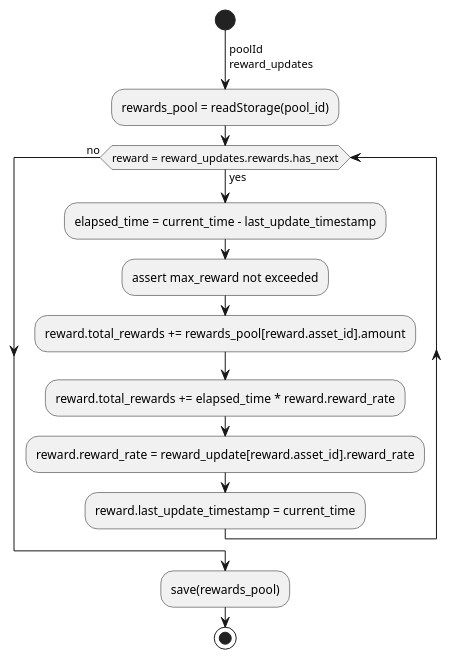
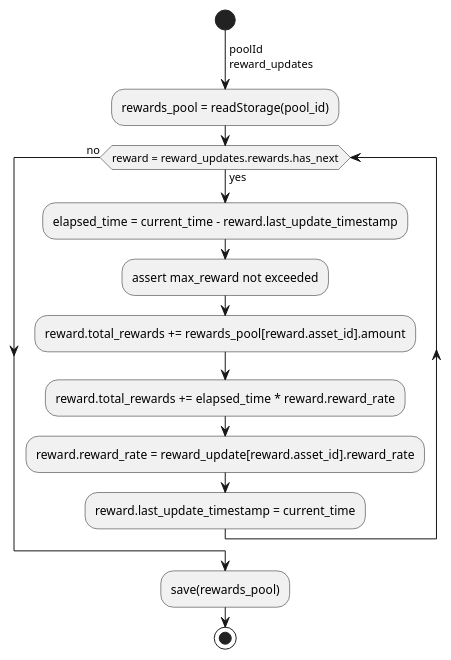
The ninth of 11 diagrams in rfcs/0005-pablo-distribution-assets/0005-pablo-distribution.adoc (ComposableFi/composable), drawn with PlantUML before and after one commit. The commit also changed other lines of this file and 2 other files, not shown here.

Commit message:
more review fixes

```diff
--- a/rfcs/0005-pablo-distribution-assets/0005-pablo-distribution.adoc
+++ b/rfcs/0005-pablo-distribution-assets/0005-pablo-distribution.adoc
@@ -510,16 +510,16 @@
 [plantuml,images/update-reward-pool,png]
 ----
 start
 ->poolId\nreward_updates;
 :rewards_pool = readStorage(pool_id);
 while (reward = reward_updates.rewards.has_next) is (yes)
-    :elapsed_time = current_time - last_update_timestamp;
+    :elapsed_time = current_time - reward.last_update_timestamp;
     :assert max_reward not exceeded;
     :reward.total_rewards += rewards_pool[reward.asset_id].amount;
     :reward.total_rewards += elapsed_time * reward.reward_rate;
     :reward.reward_rate = reward_update[reward.asset_id].reward_rate;
     :reward.last_update_timestamp = current_time;
 endwhile (no)
 :save(rewards_pool);
 stop
 ----
```
